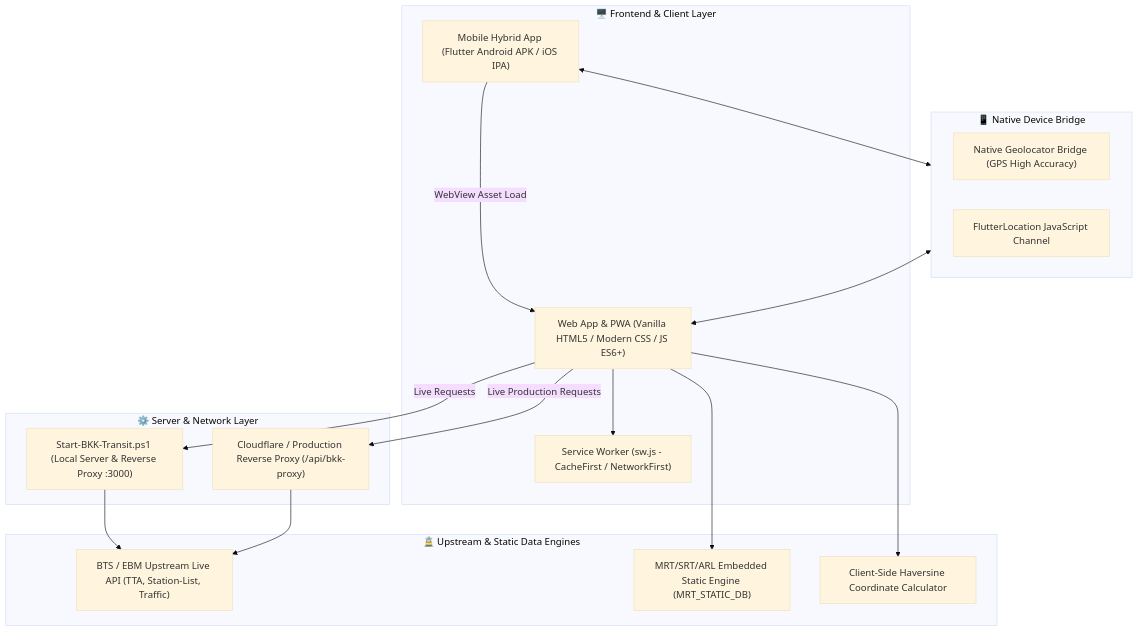
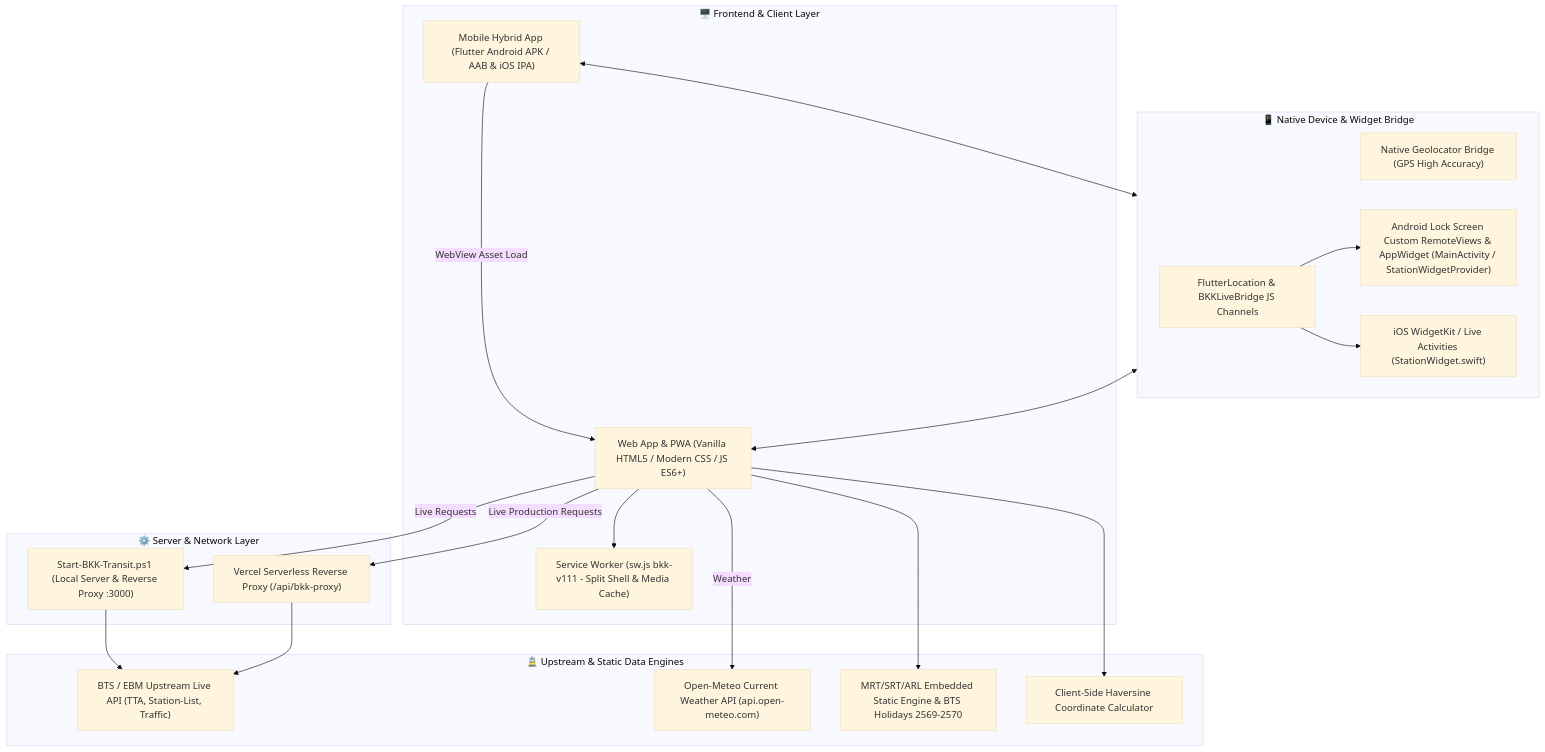
Before and after one commit to nasaw9783/BKK-Sky-Trains: the second of 3 diagrams in PRD.md, drawn with Mermaid (base theme). The commit also changed other lines of this file and 40 other files, not shown here.

Commit message:
feat(release): BKK SkyTrains v1.3.6 full release with APK, App Bundle (AAB), and automated iOS build workflow

````diff
--- a/PRD.md
+++ b/PRD.md
@@ -72,35 +72,41 @@
 ```mermaid
 flowchart TD
     subgraph ClientLayer["🖥️ Frontend & Client Layer"]
         WebPWA["Web App & PWA (Vanilla HTML5 / Modern CSS / JS ES6+)"]
-        FlutterApp["Mobile Hybrid App (Flutter Android APK / iOS IPA)"]
-        SW["Service Worker (sw.js - CacheFirst / NetworkFirst)"]
+        FlutterApp["Mobile Hybrid App (Flutter Android APK / AAB & iOS IPA)"]
+        SW["Service Worker (sw.js bkk-v111 - Split Shell & Media Cache)"]
     end
 
-    subgraph NativeBridge["📱 Native Device Bridge"]
+    subgraph NativeBridge["📱 Native Device & Widget Bridge"]
         Geolocator["Native Geolocator Bridge (GPS High Accuracy)"]
-        JSChannel["FlutterLocation JavaScript Channel"]
+        JSChannel["FlutterLocation & BKKLiveBridge JS Channels"]
+        AndroidCard["Android Lock Screen Custom RemoteViews & AppWidget (MainActivity / StationWidgetProvider)"]
+        iOSWidget["iOS WidgetKit / Live Activities (StationWidget.swift)"]
     end
 
     subgraph ServerProxyLayer["⚙️ Server & Network Layer"]
         PSLocal["Start-BKK-Transit.ps1 (Local Server & Reverse Proxy :3000)"]
-        RemoteProxy["Cloudflare / Production Reverse Proxy (/api/bkk-proxy)"]
+        RemoteProxy["Vercel Serverless Reverse Proxy (/api/bkk-proxy)"]
     end
 
     subgraph DataSources["🚊 Upstream & Static Data Engines"]
         BTSLive["BTS / EBM Upstream Live API (TTA, Station-List, Traffic)"]
-        MRTStatic["MRT/SRT/ARL Embedded Static Engine (MRT_STATIC_DB)"]
+        WeatherAPI["Open-Meteo Current Weather API (api.open-meteo.com)"]
+        MRTStatic["MRT/SRT/ARL Embedded Static Engine & BTS Holidays 2569-2570"]
         Haversine["Client-Side Haversine Coordinate Calculator"]
     end
 
     WebPWA --> SW
     FlutterApp -->|WebView Asset Load| WebPWA
     FlutterApp <--> NativeBridge
     NativeBridge <--> WebPWA
+    JSChannel --> AndroidCard
+    JSChannel --> iOSWidget
     WebPWA -->|Live Requests| PSLocal
     WebPWA -->|Live Production Requests| RemoteProxy
+    WebPWA -->|Weather| WeatherAPI
     PSLocal --> BTSLive
     RemoteProxy --> BTSLive
     WebPWA --> MRTStatic
     WebPWA --> Haversine
 ```
````
